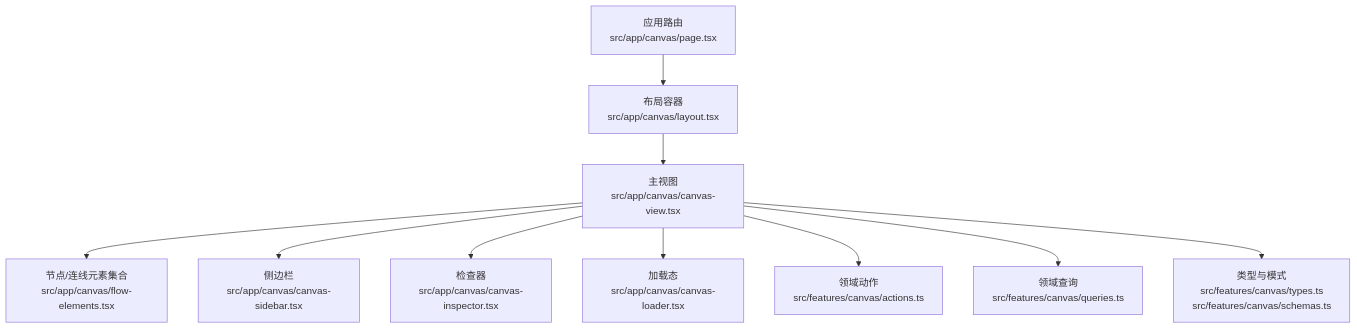
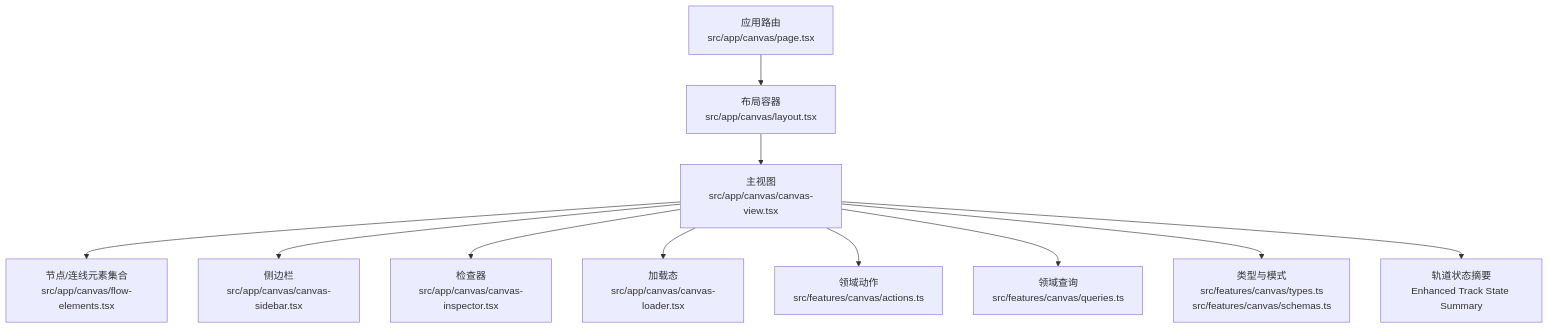
Before and after one commit to AIMFllyYS/code-video-canvas: the first of 3 diagrams in .qoder/repowiki/zh/content/核心功能模块/画布编辑器/画布主视图.md, drawn with Mermaid. The commit also changed other lines of this file and 31 other files, not shown here.

````diff
--- a/.qoder/repowiki/zh/content/核心功能模块/画布编辑器/画布主视图.md
+++ b/.qoder/repowiki/zh/content/核心功能模块/画布编辑器/画布主视图.md
@@ -40,12 +49,13 @@
 ```mermaid
 graph TB
 A["应用路由<br/>src/app/canvas/page.tsx"] --> B["布局容器<br/>src/app/canvas/layout.tsx"]
 B --> C["主视图<br/>src/app/canvas/canvas-view.tsx"]
 C --> D["节点/连线元素集合<br/>src/app/canvas/flow-elements.tsx"]
 C --> E["侧边栏<br/>src/app/canvas/canvas-sidebar.tsx"]
 C --> F["检查器<br/>src/app/canvas/canvas-inspector.tsx"]
 C --> G["加载态<br/>src/app/canvas/canvas-loader.tsx"]
 C --> H["领域动作<br/>src/features/canvas/actions.ts"]
 C --> I["领域查询<br/>src/features/canvas/queries.ts"]
 C --> J["类型与模式<br/>src/features/canvas/types.ts<br/>src/features/canvas/schemas.ts"]
+C --> K["轨道状态摘要<br/>Enhanced Track State Summary"]
 ```
````
